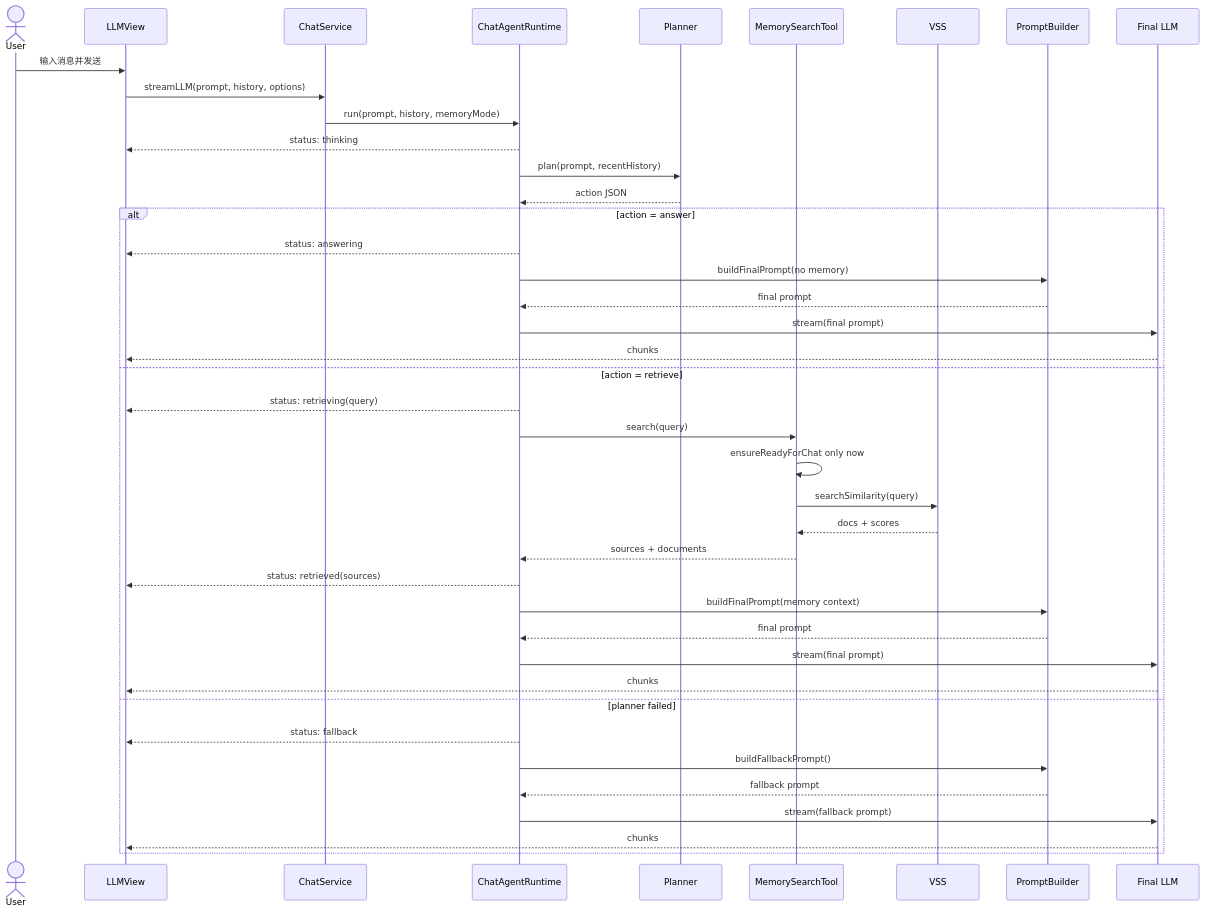
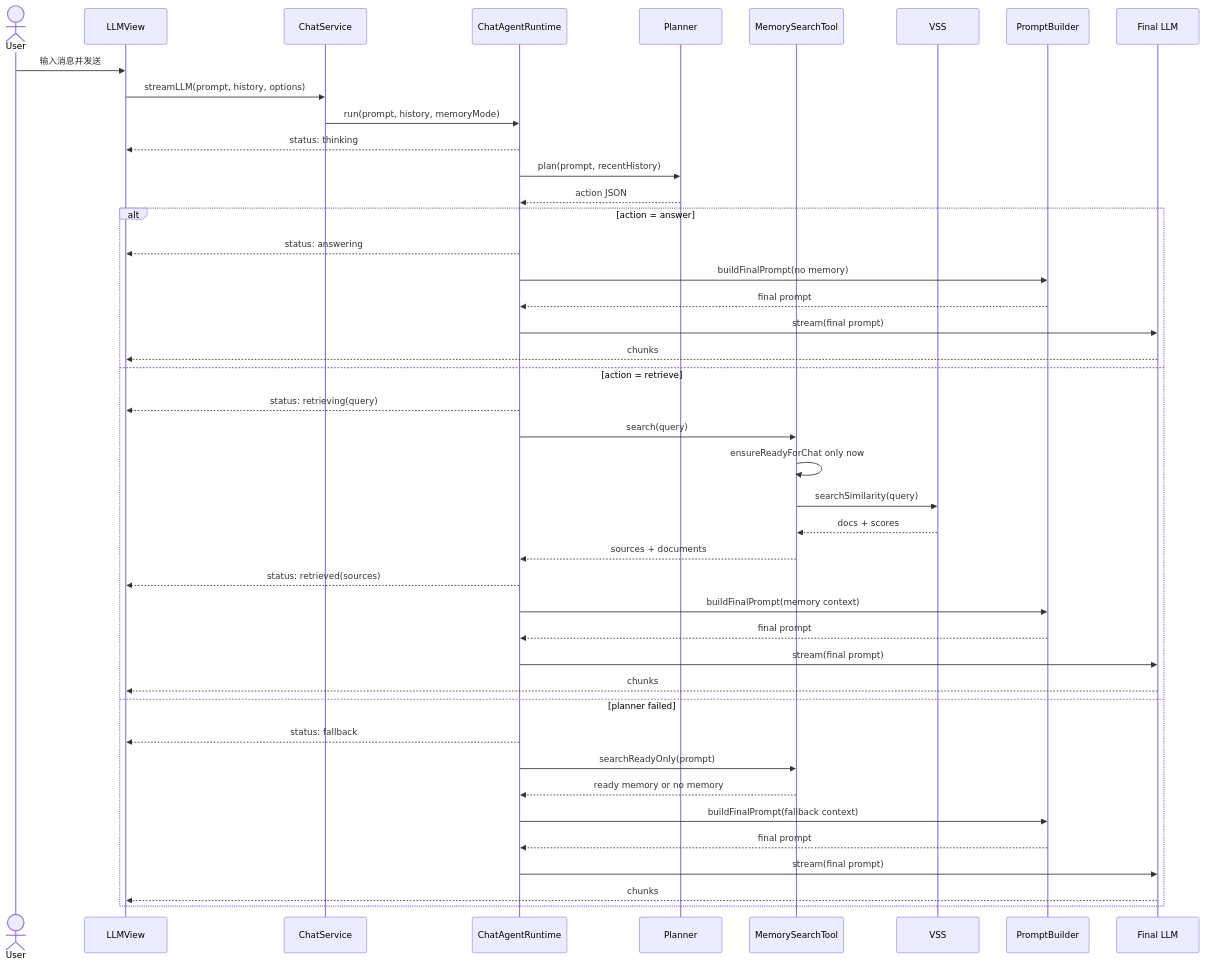
Before and after one commit to edonyzpc/personal-assistant: the second of 5 diagrams in docs/chat-agent-architecture.md, drawn with Mermaid. The commit also changed other lines of this file and 2 other files, not shown here.

````diff
--- a/docs/chat-agent-architecture.md
+++ b/docs/chat-agent-architecture.md
@@ -106,45 +106,47 @@
 ```mermaid
 sequenceDiagram
   actor User as User
   participant View as LLMView
   participant Service as ChatService
   participant Runtime as ChatAgentRuntime
   participant Planner as Planner
   participant MemoryTool as MemorySearchTool
   participant VSS as VSS
   participant Prompt as PromptBuilder
   participant LLM as Final LLM
 
   User->>View: 输入消息并发送
   View->>Service: streamLLM(prompt, history, options)
   Service->>Runtime: run(prompt, history, memoryMode)
   Runtime-->>View: status: thinking
   Runtime->>Planner: plan(prompt, recentHistory)
   Planner-->>Runtime: action JSON
 
   alt action = answer
     Runtime-->>View: status: answering
     Runtime->>Prompt: buildFinalPrompt(no memory)
     Prompt-->>Runtime: final prompt
     Runtime->>LLM: stream(final prompt)
     LLM-->>View: chunks
   else action = retrieve
     Runtime-->>View: status: retrieving(query)
     Runtime->>MemoryTool: search(query)
     MemoryTool->>MemoryTool: ensureReadyForChat only now
     MemoryTool->>VSS: searchSimilarity(query)
     VSS-->>MemoryTool: docs + scores
     MemoryTool-->>Runtime: sources + documents
     Runtime-->>View: status: retrieved(sources)
     Runtime->>Prompt: buildFinalPrompt(memory context)
     Prompt-->>Runtime: final prompt
     Runtime->>LLM: stream(final prompt)
     LLM-->>View: chunks
   else planner failed
     Runtime-->>View: status: fallback
-    Runtime->>Prompt: buildFallbackPrompt()
-    Prompt-->>Runtime: fallback prompt
-    Runtime->>LLM: stream(fallback prompt)
+    Runtime->>MemoryTool: searchReadyOnly(prompt)
+    MemoryTool-->>Runtime: ready memory or no memory
+    Runtime->>Prompt: buildFinalPrompt(fallback context)
+    Prompt-->>Runtime: final prompt
+    Runtime->>LLM: stream(final prompt)
     LLM-->>View: chunks
   end
 ```
````
